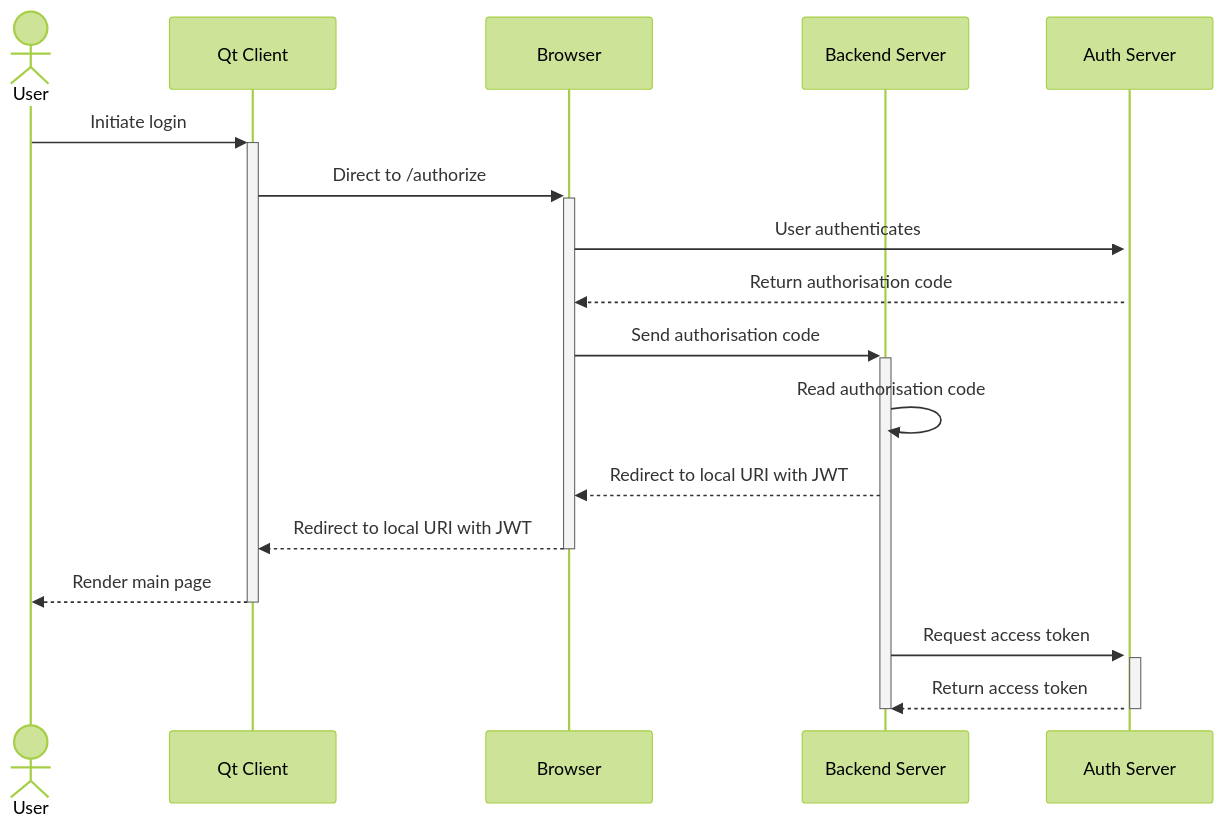
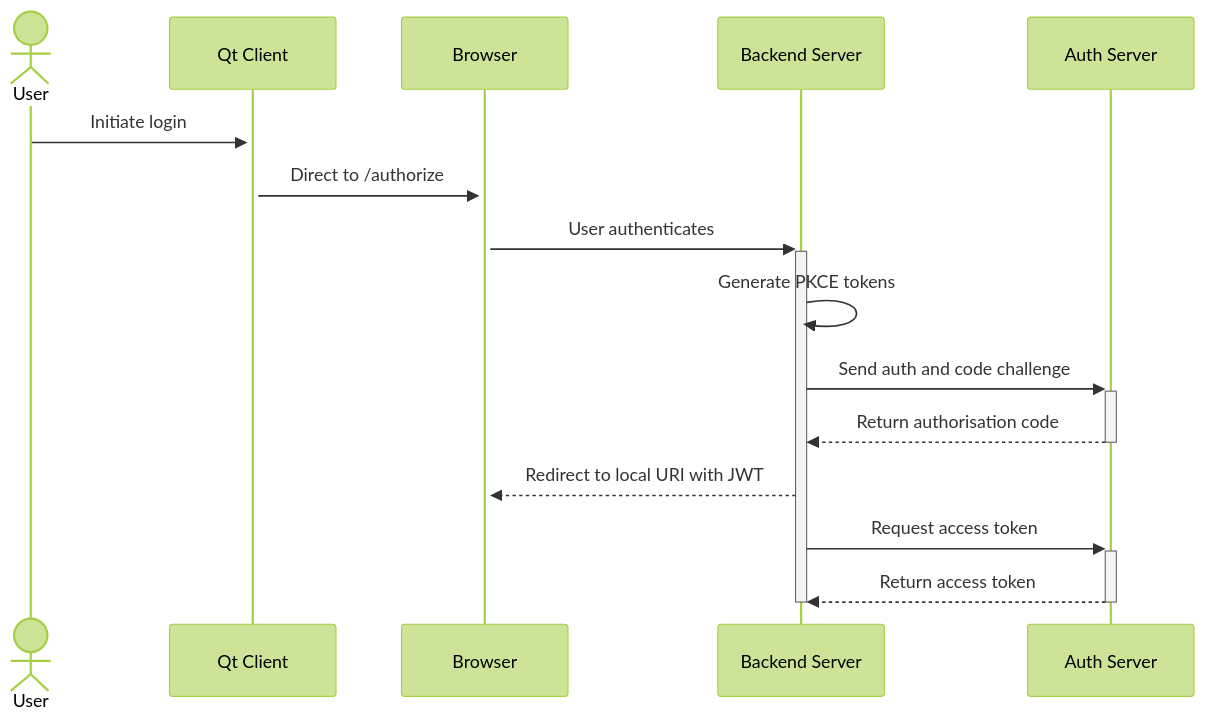
Before and after one commit to Craftarc/axel: the diagram in docs/oauth.mermaid, drawn with Mermaid (forest theme). The commit also changed 6 other files, not shown here.

First line of the commit message:
Add pkce code verifier implementation, add PkceManager class, add test for code verifier

```diff
--- a/docs/oauth.mermaid
+++ b/docs/oauth.mermaid
@@ -1,19 +1,19 @@
 sequenceDiagram
     actor User as User
     participant Client as Qt Client
     participant Browser as Browser
     participant Backend as Backend Server
     participant Auth as Auth Server
 
     User ->>+ Client: Initiate login
     Client ->>+ Browser: Direct to /authorize
-    Browser ->>+ Auth: User authenticates
-    Auth -->> Browser: Return authorisation code
-    Browser ->>+ Backend: Send authorisation code
-    Backend ->> Backend: Read authorisation code
+    Browser ->>+ Backend: User authenticates
+    Backend ->> Backend: Generate PKCE tokens
+    Backend ->>+ Auth: Send auth and code challenge
+    Auth -->>- Backend: Return authorisation code
     Backend -->> Browser: Redirect to local URI with JWT
-    Browser -->>- Client: Redirect to local URI with JWT
-    Client -->>- User: Render main page
     Backend ->>+ Auth: Request access token
     Auth -->>- Backend: Return access token
+
+
     deactivate Backend
```
